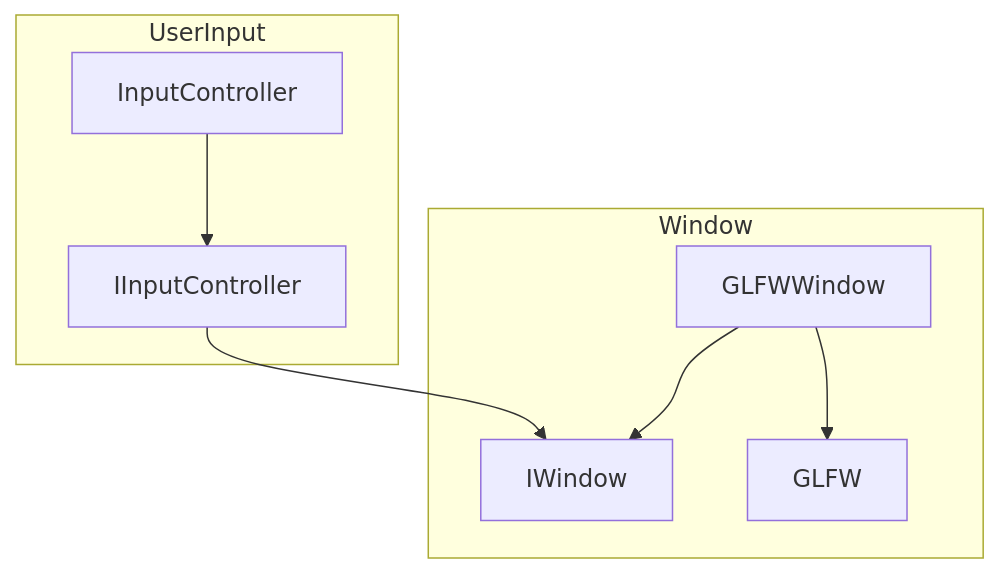
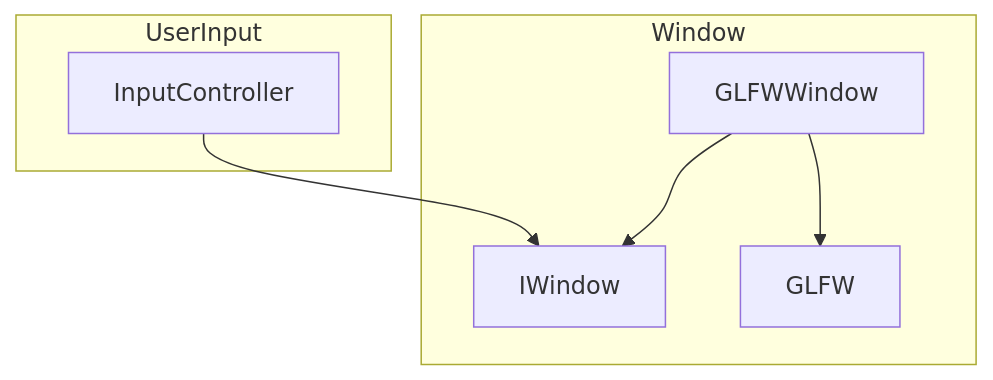
The first of 2 diagrams in docs/architecture/WindowAndInputDesign.md (FelixHommel/StarfighterAlliance), drawn with Mermaid before and after one commit. The commit also changed other lines of this file, not shown here.

Commit message:
docs: update Window and input diagrams

````diff
--- a/docs/architecture/WindowAndInputDesign.md
+++ b/docs/architecture/WindowAndInputDesign.md
@@ -9,11 +9,11 @@
 ```mermaid
 flowchart
-  IInputController --> IWindow
+  InputController --> IWindow
   subgraph Window
     GLFWWindow --> IWindow
     GLFWWindow --> GLFW
   end
   subgraph UserInput
-    InputController --> IInputController
+    InputController
   end
 ```
````
